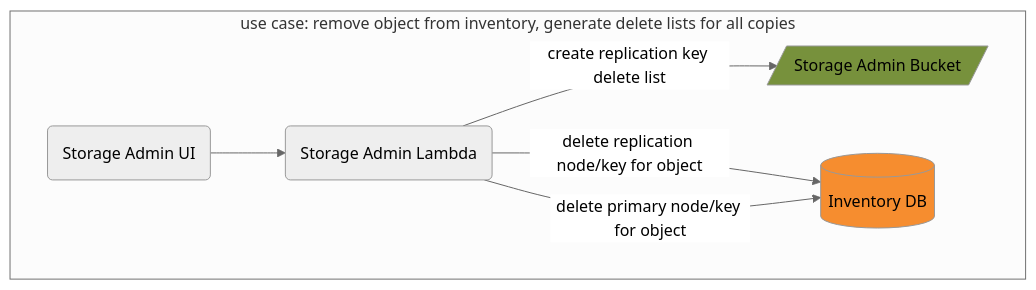
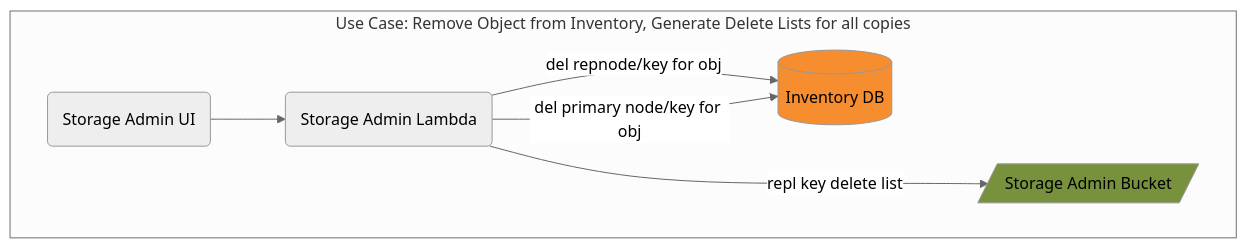
Before and after one commit to CDLUC3/mrt-doc: the diagram in diagrams/store-admin-del-node-obj.mmd, drawn with Mermaid. The commit also changed 9 other files, not shown here.

Commit message:
refine store admin diagrams

```diff
--- a/diagrams/store-admin-del-node-obj.mmd
+++ b/diagrams/store-admin-del-node-obj.mmd
@@ -1,16 +1,16 @@
 %%{init: {'theme': 'neutral', 'securityLevel': 'loose'}}%%
 graph TD
   SAUI("Storage Admin UI")
   SA("Storage Admin Lambda")
   RDS[(Inventory DB)]
   SABUCK[/"Storage Admin Bucket"/]
 
-  subgraph "use case: remove object from inventory, generate delete lists for all copies"
+  subgraph "Use Case: Remove Object from Inventory, Generate Delete Lists for all copies"
     SAUI-->SA
-    SA-->|"create replication key delete list"|SABUCK
-    SA-->|"delete replication node/key for object"|RDS
-    SA-->|"delete primary node/key for object"|RDS
+    SA--->|"repl key delete list"|SABUCK
+    SA-->|"del repnode/key for obj"|RDS
+    SA-->|"del primary node/key for obj"|RDS
   end
 
   style RDS fill:#F68D2F
   style SABUCK fill:#77913C
```
